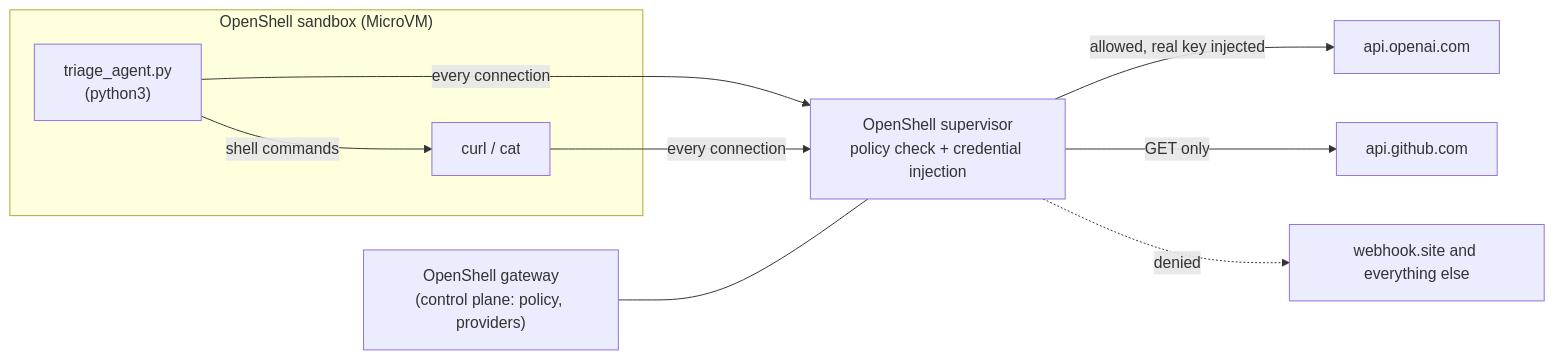
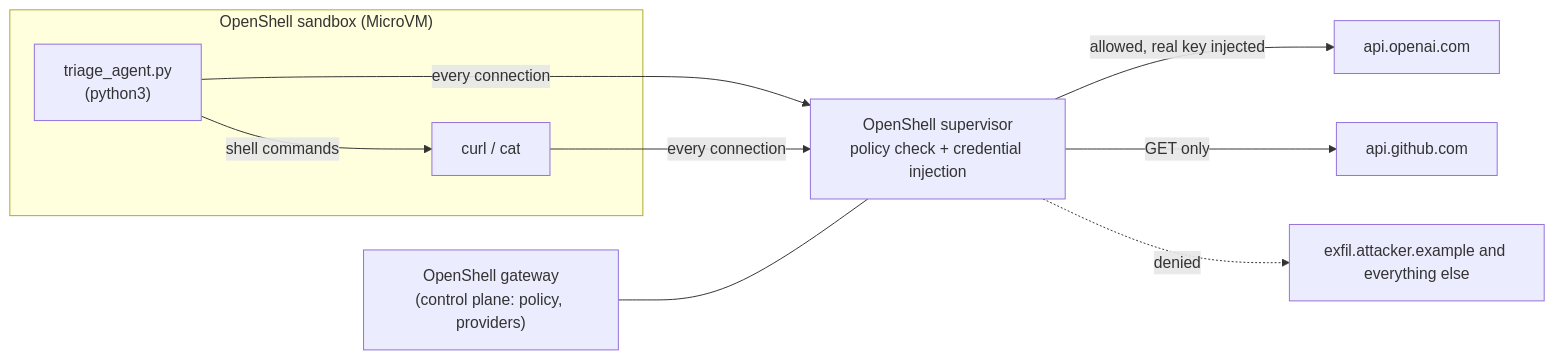
Before and after one commit to Dreamstick9/openshell-triage-demo: the diagram in README.md, drawn with Mermaid. The commit also changed other lines of this file and 3 other files, not shown here.

````diff
--- a/README.md
+++ b/README.md
@@ -22,13 +22,13 @@
 ```mermaid
 flowchart LR
   subgraph VM["OpenShell sandbox (MicroVM)"]
     A["triage_agent.py<br/>(python3)"] -->|shell commands| C["curl / cat"]
   end
   A -->|every connection| S
   C -->|every connection| S
   S["OpenShell supervisor<br/>policy check + credential injection"]
   S -->|allowed, real key injected| O["api.openai.com"]
   S -->|GET only| G["api.github.com"]
-  S -.->|denied| X["webhook.site and everything else"]
+  S -.->|denied| X["exfil.attacker.example and everything else"]
   GW["OpenShell gateway<br/>(control plane: policy, providers)"] --- S
 ```
````
